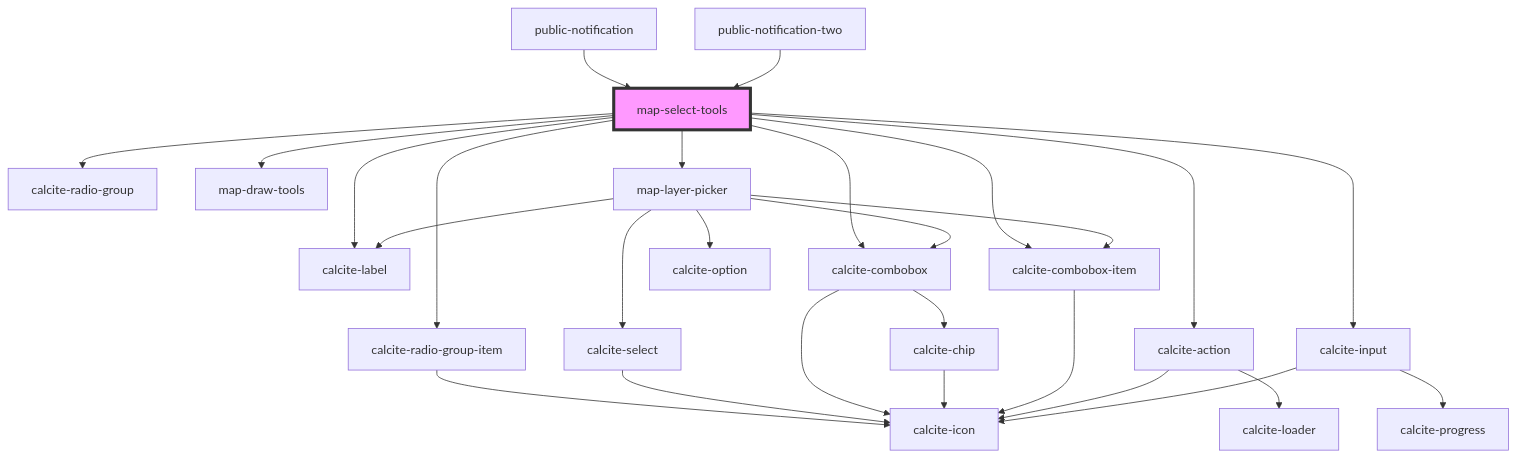
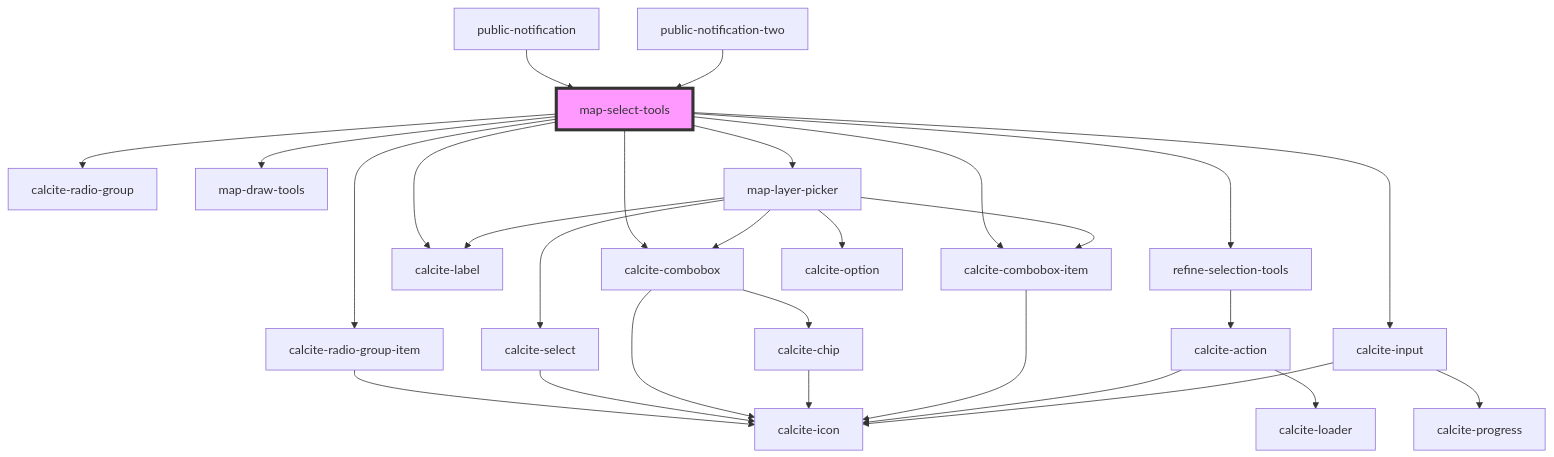
Before and after one commit to Esri/solutions-components: the diagram in src/components/map-select-tools/readme.md, drawn with Mermaid. The commit also changed other lines of this file and 13 other files, not shown here.

Commit message:
start refine selection

````diff
--- a/src/components/map-select-tools/readme.md
+++ b/src/components/map-select-tools/readme.md
@@ -48,30 +48,31 @@
 ```mermaid
 graph TD;
   map-select-tools --> calcite-radio-group
   map-select-tools --> calcite-radio-group-item
   map-select-tools --> map-draw-tools
   map-select-tools --> map-layer-picker
-  map-select-tools --> calcite-action
+  map-select-tools --> refine-selection-tools
   map-select-tools --> calcite-label
   map-select-tools --> calcite-input
   map-select-tools --> calcite-combobox
   map-select-tools --> calcite-combobox-item
   calcite-radio-group-item --> calcite-icon
   map-layer-picker --> calcite-label
   map-layer-picker --> calcite-select
   map-layer-picker --> calcite-combobox
   map-layer-picker --> calcite-combobox-item
   map-layer-picker --> calcite-option
   calcite-select --> calcite-icon
   calcite-combobox --> calcite-chip
   calcite-combobox --> calcite-icon
   calcite-chip --> calcite-icon
   calcite-combobox-item --> calcite-icon
+  refine-selection-tools --> calcite-action
   calcite-action --> calcite-loader
   calcite-action --> calcite-icon
   calcite-input --> calcite-progress
   calcite-input --> calcite-icon
   public-notification --> map-select-tools
   public-notification-two --> map-select-tools
   style map-select-tools fill:#f9f,stroke:#333,stroke-width:4px
 ```
````
